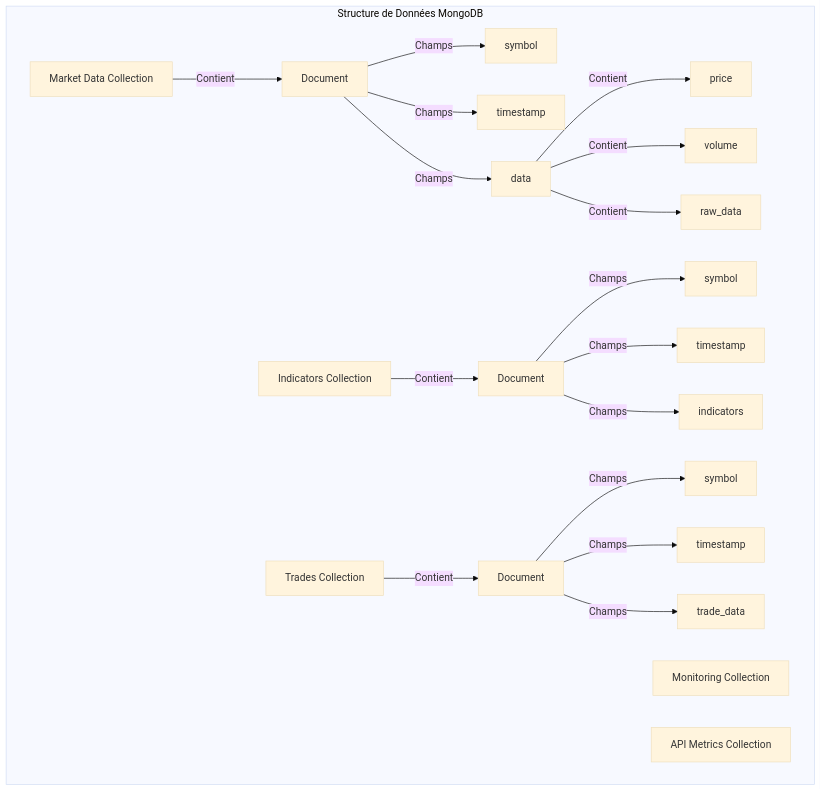
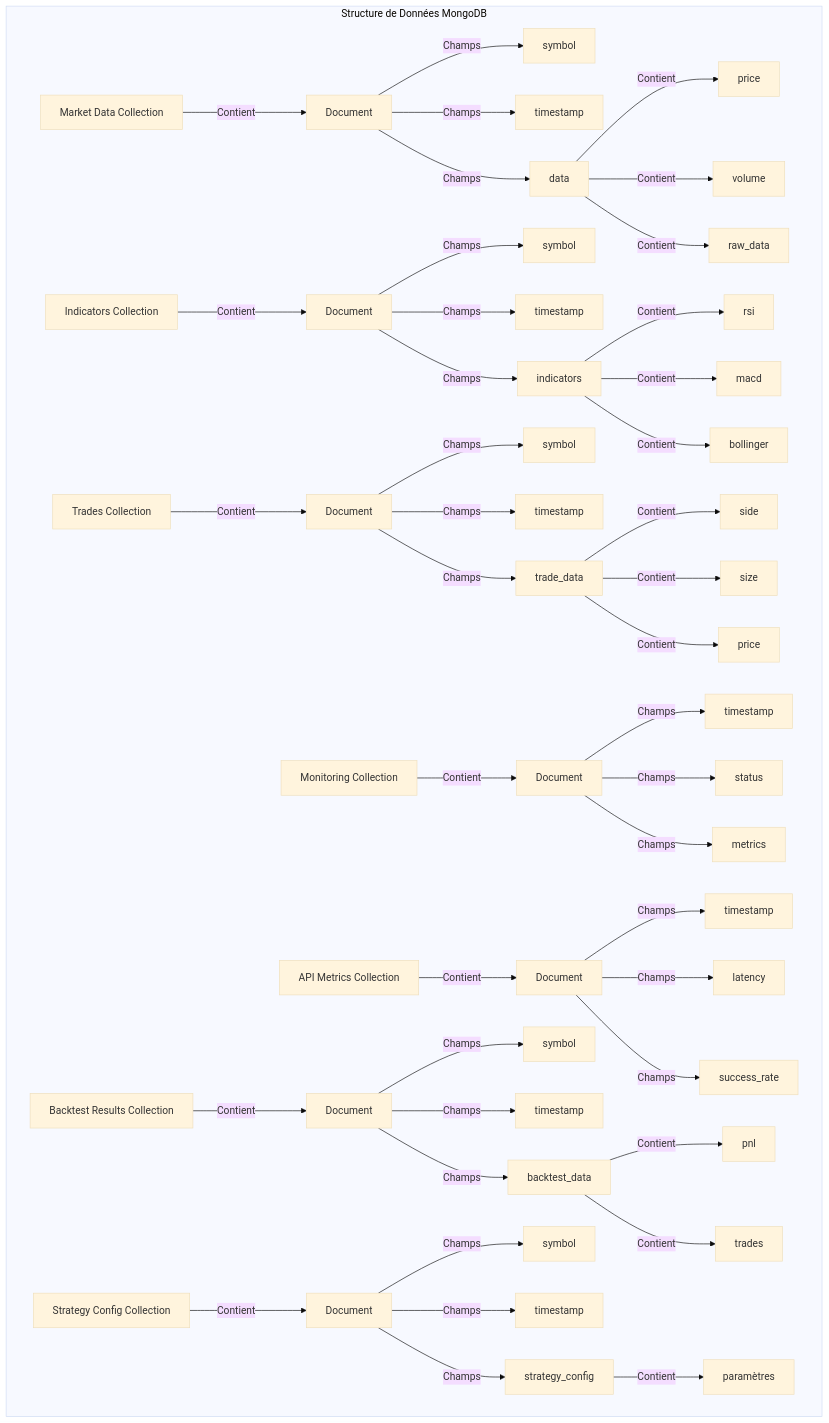
Before and after one commit to kayi2215/bybit: the second of 2 diagrams in architecture.md, drawn with Mermaid (base theme). The commit also changed other lines of this file, not shown here.

````diff
--- a/architecture.md
+++ b/architecture.md
@@ -112,28 +154,59 @@
 ```mermaid
 graph TB
     subgraph "Structure de Données MongoDB"
         MD[Market Data Collection]
         IND[Indicators Collection]
         TR[Trades Collection]
         MON[Monitoring Collection]
         API[API Metrics Collection]
+        BTR[Backtest Results Collection]
+        STR[Strategy Config Collection]
         
         MD -->|Contient| MDD[Document]
         MDD -->|Champs| S1[symbol]
         MDD -->|Champs| T1[timestamp]
         MDD -->|Champs| D1[data]
         D1 -->|Contient| P[price]
         D1 -->|Contient| V[volume]
         D1 -->|Contient| RD[raw_data]
         
         IND -->|Contient| INDD[Document]
         INDD -->|Champs| S2[symbol]
         INDD -->|Champs| T2[timestamp]
         INDD -->|Champs| D2[indicators]
+        D2 -->|Contient| RSI[rsi]
+        D2 -->|Contient| MACD[macd]
+        D2 -->|Contient| BB[bollinger]
         
         TR -->|Contient| TRD[Document]
         TRD -->|Champs| S3[symbol]
         TRD -->|Champs| T3[timestamp]
         TRD -->|Champs| D3[trade_data]
+        D3 -->|Contient| Side[side]
+        D3 -->|Contient| Size[size]
+        D3 -->|Contient| Price[price]
+        
+        MON -->|Contient| MOND[Document]
+        MOND -->|Champs| T4[timestamp]
+        MOND -->|Champs| Status[status]
+        MOND -->|Champs| Metrics[metrics]
+        
+        API -->|Contient| APID[Document]
+        APID -->|Champs| T5[timestamp]
+        APID -->|Champs| Latency[latency]
+        APID -->|Champs| Success[success_rate]
+        
+        BTR -->|Contient| BTRD[Document]
+        BTRD -->|Champs| S4[symbol]
+        BTRD -->|Champs| T6[timestamp]
+        BTRD -->|Champs| D4[backtest_data]
+        D4 -->|Contient| PnL[pnl]
+        D4 -->|Contient| Trades[trades]
+        
+        STR -->|Contient| STRD[Document]
+        STRD -->|Champs| S5[symbol]
+        STRD -->|Champs| T7[timestamp]
+        STRD -->|Champs| D5[strategy_config]
+        D5 -->|Contient| Paramètres[paramètres]
     end
 ```
````
